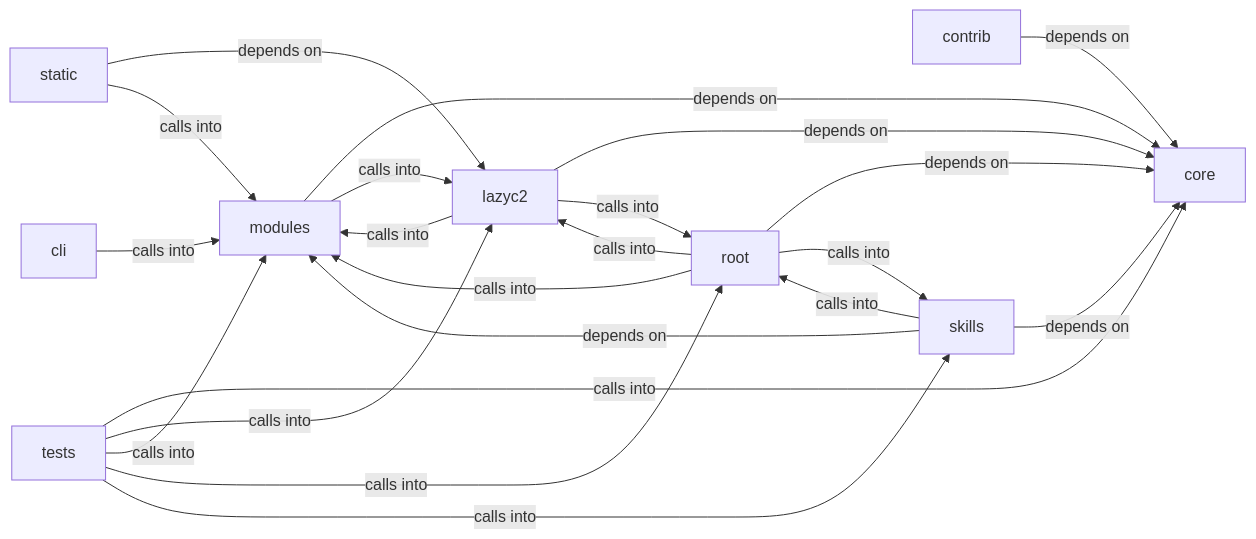
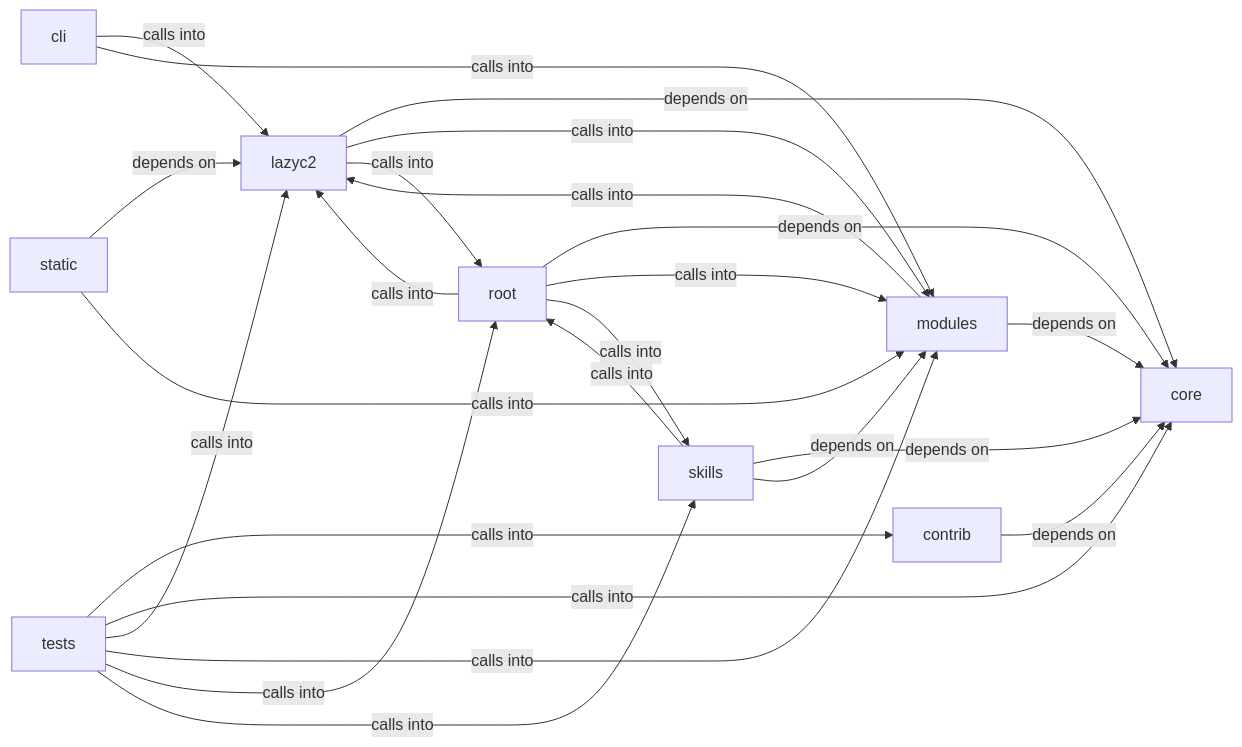
Before and after one commit to grisuno/LazyOwn: the diagram in readmenator-diagrams/modules_lazyc2.md, drawn with Mermaid. The commit also changed other lines of this file and 764 other files, not shown here.

````diff
--- a/readmenator-diagrams/modules_lazyc2.md
+++ b/readmenator-diagrams/modules_lazyc2.md
@@ -5,33 +5,35 @@
 ```mermaid
 graph LR
     cli["cli"]
     contrib["contrib"]
     core["core"]
     lazyc2["lazyc2"]
     modules["modules"]
     root["root"]
     skills["skills"]
     static["static"]
     tests["tests"]
+    cli -- "calls into" --> lazyc2
     cli -- "calls into" --> modules
     contrib -- "depends on" --> core
     lazyc2 -- "depends on" --> core
     lazyc2 -- "calls into" --> modules
     lazyc2 -- "calls into" --> root
     modules -- "depends on" --> core
     modules -- "calls into" --> lazyc2
     root -- "depends on" --> core
     root -- "calls into" --> lazyc2
     root -- "calls into" --> modules
     root -- "calls into" --> skills
     skills -- "depends on" --> core
     skills -- "depends on" --> modules
     skills -- "calls into" --> root
     static -- "depends on" --> lazyc2
     static -- "calls into" --> modules
+    tests -- "calls into" --> contrib
     tests -- "calls into" --> core
     tests -- "calls into" --> lazyc2
     tests -- "calls into" --> modules
     tests -- "calls into" --> root
     tests -- "calls into" --> skills
 ```
````
